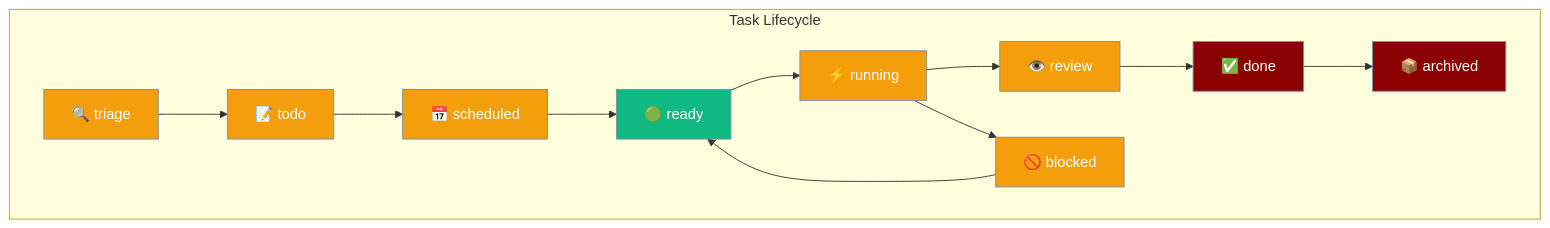
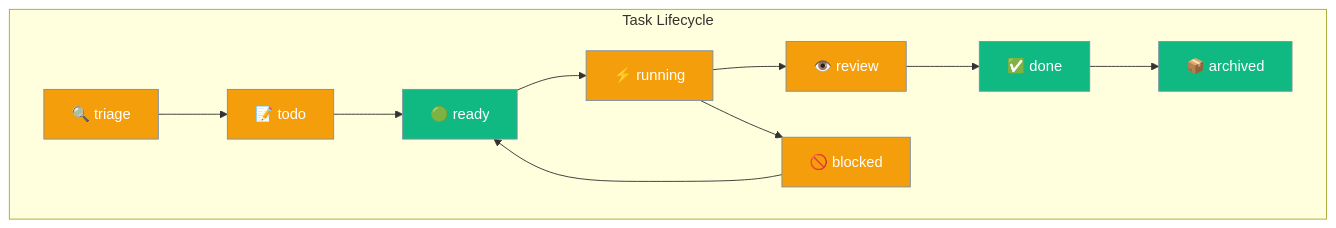
Before and after one commit to MervinPraison/PraisonAIDocs: the third of 7 diagrams in docs/features/kanban.mdx, drawn with Mermaid. The commit also changed other lines of this file and 2 other files, not shown here.

First line of the commit message:
fix: address architectural issues in Kanban documentation

````diff
--- a/docs/features/kanban.mdx
+++ b/docs/features/kanban.mdx
@@ -105,22 +95,21 @@
 ```mermaid
 graph TB
     subgraph "Task Lifecycle"
         Triage[🔍 triage] --> Todo[📝 todo]
-        Todo --> Scheduled[📅 scheduled]
-        Scheduled --> Ready[🟢 ready]
+        Todo --> Ready[🟢 ready]
         Ready --> Running[⚡ running]
         Running --> Review[👁️ review]
         Running --> Blocked[🚫 blocked]
         Blocked --> Ready
         Review --> Done[✅ done]
         Done --> Archived[📦 archived]
     end
     
     classDef status fill:#F59E0B,stroke:#7C90A0,color:#fff
     classDef ready fill:#10B981,stroke:#7C90A0,color:#fff
-    classDef done fill:#8B0000,stroke:#7C90A0,color:#fff
+    classDef done fill:#10B981,stroke:#7C90A0,color:#fff
     
-    class Triage,Todo,Scheduled,Running,Review,Blocked status
+    class Triage,Todo,Running,Review,Blocked status
     class Ready ready
     class Done,Archived done
 ```
````
